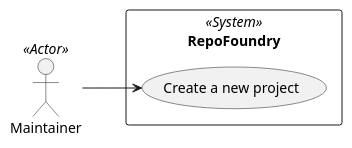
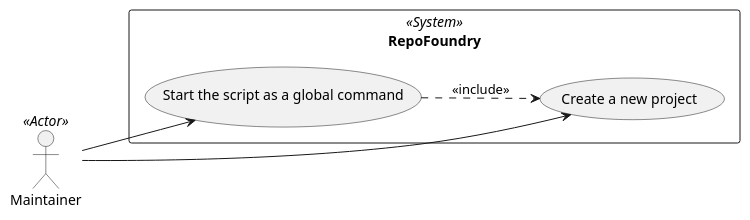
One commit to TirSystem-BashScript/RepoFoundry changed the diagram in docs/use-case-diagram.md. Above: the diagram before and after it, drawn with PlantUML. The commit also changed other lines of this file and 28 other files, not shown here.

````diff
--- a/docs/use-case-diagram.md
+++ b/docs/use-case-diagram.md
@@ -22,10 +23,13 @@
 ```plantuml
 @startuml
 left to right direction
 actor "Maintainer" as M <<Actor>>
 rectangle "RepoFoundry" <<System>> {
   usecase "Create a new project" as UC1
+  usecase "Start the script as a global command" as UC2
 }
 M --> UC1
+M --> UC2
+UC2 ..> UC1 : <<include>>
 @enduml
 ```
````
